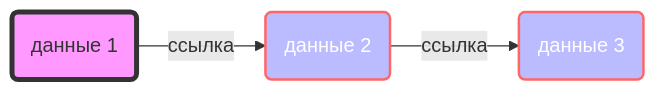
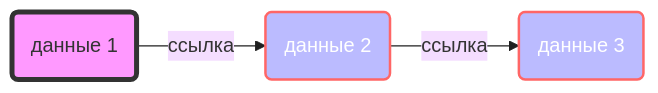
One commit to hamster-i/list changed the diagram in README.md. Above: the diagram before and after it, drawn with Mermaid.

````diff
--- a/README.md
+++ b/README.md
@@ -8,9 +8,10 @@
    ```mermaid
+   %%{init: { 'theme': 'base', 'themeVariables': { 'background': '#e0e0e0', 'mainBkg': '#ffffff' }}}%%
    graph LR;
     A(данные 1)--ссылка-->B(данные 2)--ссылка-->C(данные 3);
 	
 	%% Настройка цветов:
     style A fill:#f9f,stroke:#333,stroke-width:4px
     style B fill:#bbf,stroke:#f66,stroke-width:2px,color:#fff
 	style C fill:#bbf,stroke:#f66,stroke-width:2px,color:#fff
    ```
````
